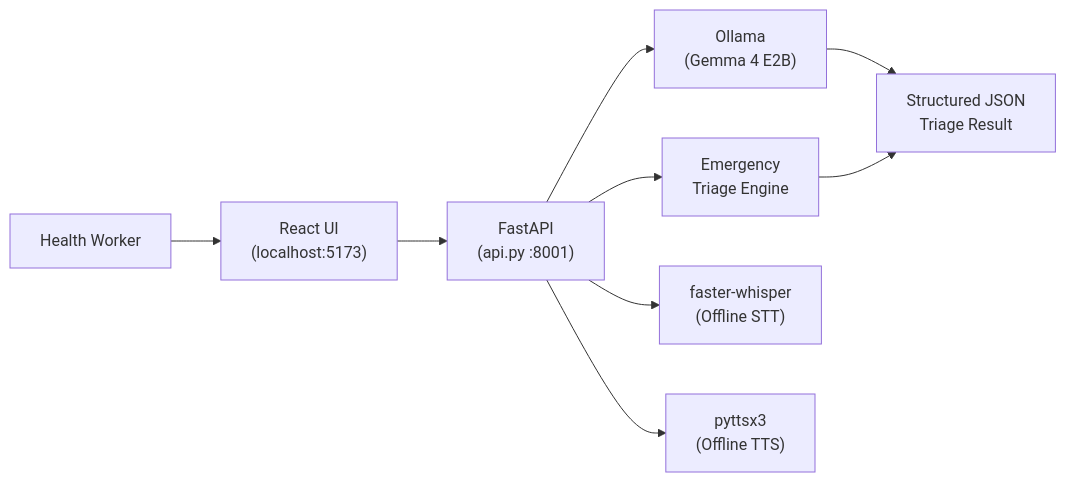
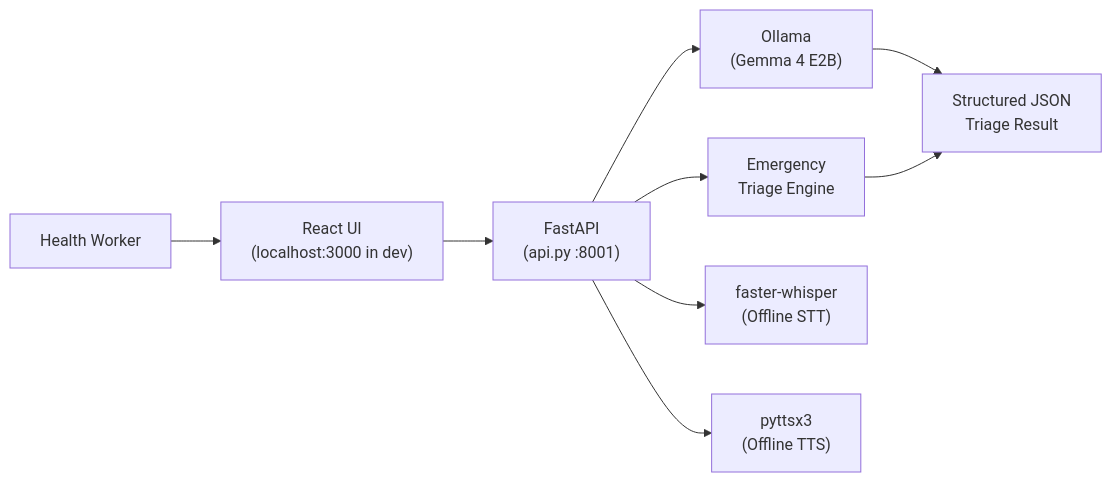
Before and after one commit to aj4344/gemma-guardians-HealstationAI: the first of 2 diagrams in README.md, drawn with Mermaid. The commit also changed other lines of this file and 19 other files, not shown here.

````diff
--- a/README.md
+++ b/README.md
@@ -46,11 +46,11 @@
 ```mermaid
 flowchart LR
-    User["Health Worker"] --> React["React UI\n(localhost:5173)"]
+    User["Health Worker"] --> React["React UI\n(localhost:3000 in dev)"]
     React --> FastAPI["FastAPI\n(api.py :8001)"]
     FastAPI --> Gemma["Ollama\n(Gemma 4 E2B)"]
     FastAPI --> Triage["Emergency\nTriage Engine"]
     FastAPI --> STT["faster-whisper\n(Offline STT)"]
     FastAPI --> TTS["pyttsx3\n(Offline TTS)"]
     Gemma --> Output["Structured JSON\nTriage Result"]
     Triage --> Output
 ```
````
